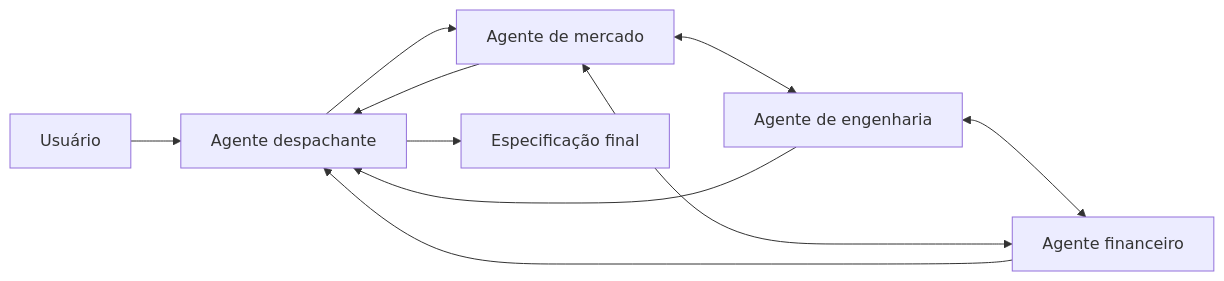
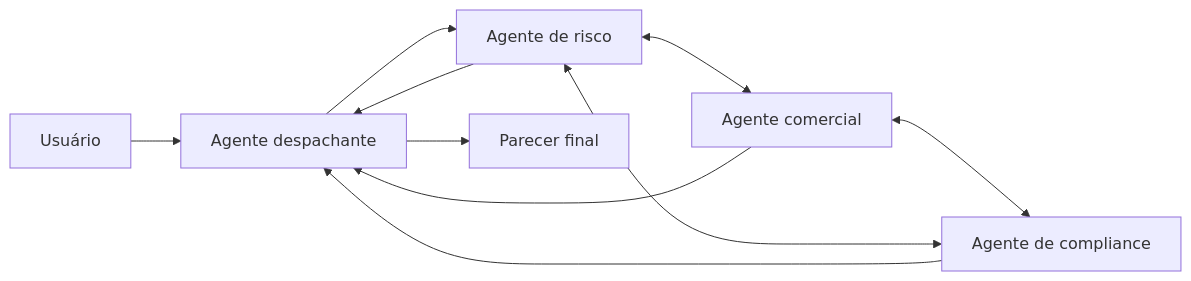
The diagram in docs/ai/agent-patterns/dynamic-orchestration/multi-agent-swarm.md (alancesar/design-patterns), drawn with Mermaid before and after one commit. The commit also changed other lines of this file and 13 other files, not shown here.

Commit message:
Switch agent-patterns concrete diagrams to fintech scenarios

````diff
--- a/docs/ai/agent-patterns/dynamic-orchestration/multi-agent-swarm.md
+++ b/docs/ai/agent-patterns/dynamic-orchestration/multi-agent-swarm.md
@@ -55,12 +55,12 @@
 ```mermaid
 flowchart LR
     U["Usuário"] --> D["Agente despachante"]
-    D --> M["Agente de mercado"]
-    M <--> E["Agente de engenharia"]
-    E <--> F["Agente financeiro"]
+    D --> M["Agente de risco"]
+    M <--> E["Agente comercial"]
+    E <--> F["Agente de compliance"]
     F <--> M
     M --> D
     E --> D
     F --> D
-    D --> R["Especificação final"]
+    D --> R["Parecer final"]
 ```
````
